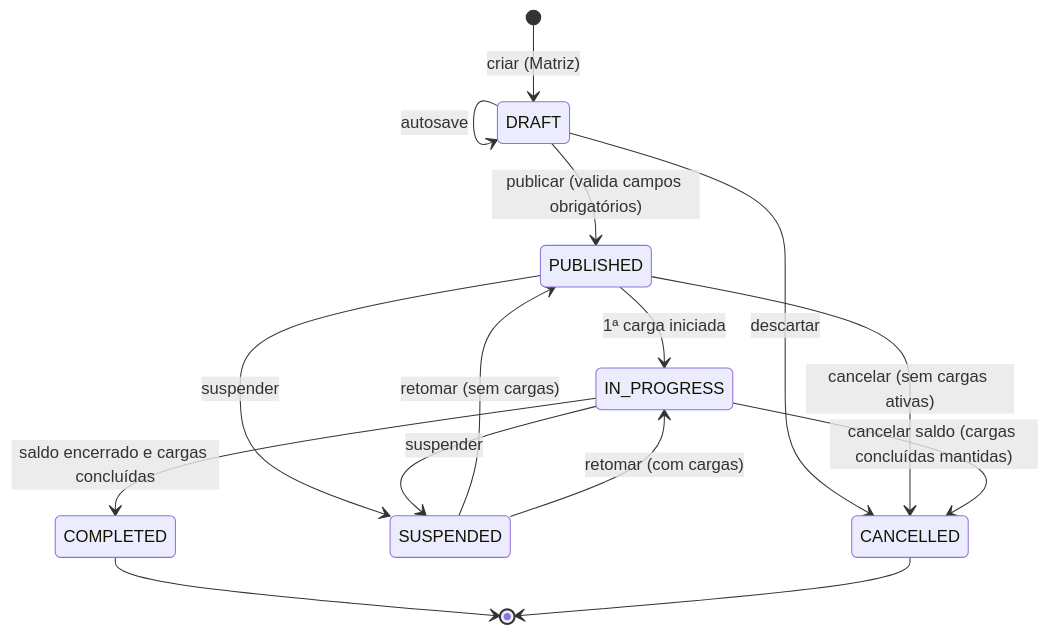
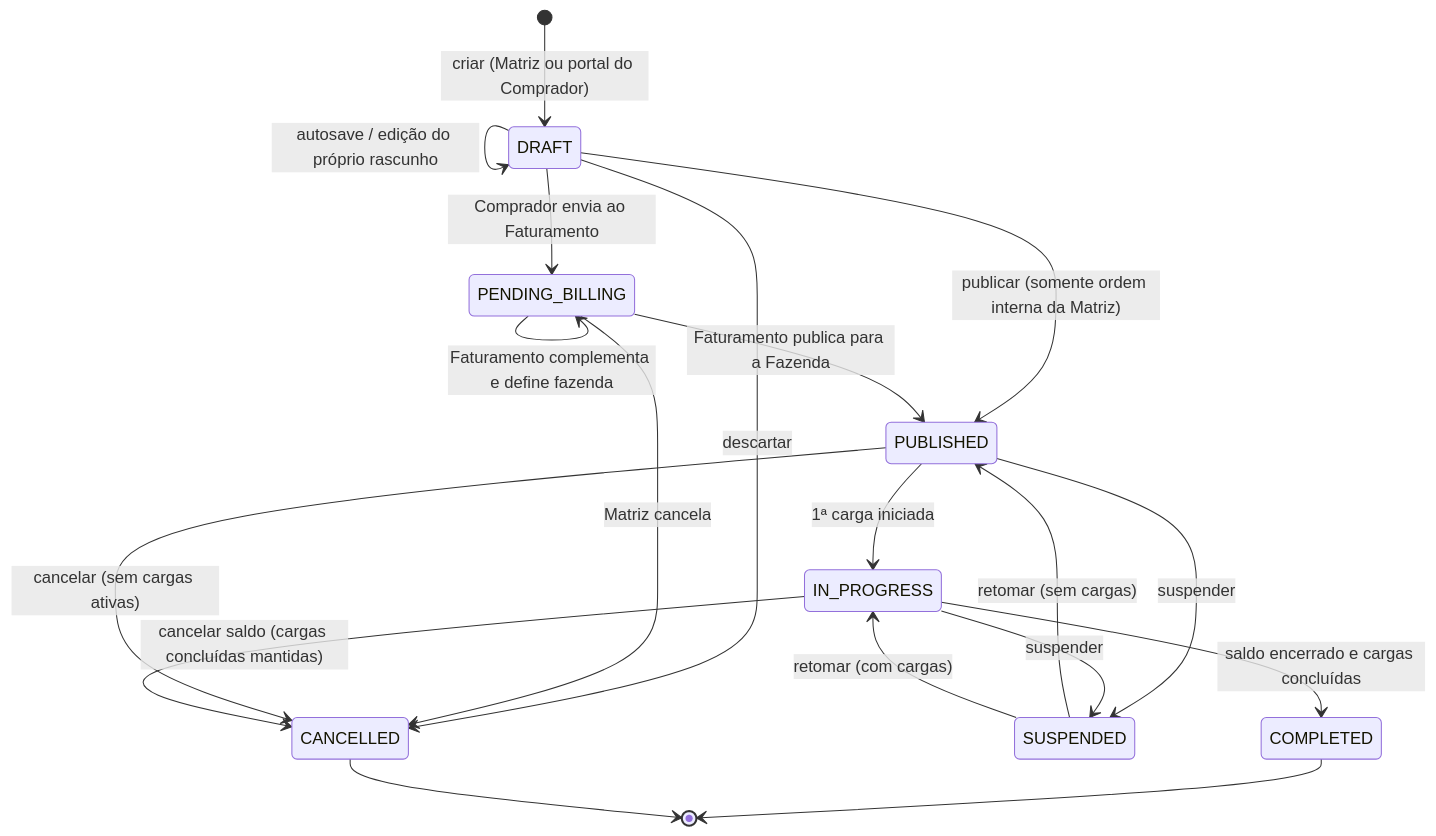
Before and after one commit to antoniocavali/Ordens_2.0: the first of 3 diagrams in docs/state-machines.md, drawn with Mermaid. The commit also changed other lines of this file and 36 other files, not shown here.

First line of the commit message:
feat(ordens): solicitação do Comprador, Faturamento e documentação fiscal da carga

````diff
--- a/docs/state-machines.md
+++ b/docs/state-machines.md
@@ -7,17 +7,21 @@
 ```mermaid
 stateDiagram-v2
-  [*] --> DRAFT: criar (Matriz)
-  DRAFT --> DRAFT: autosave
-  DRAFT --> PUBLISHED: publicar (valida campos obrigatórios)
+  [*] --> DRAFT: criar (Matriz ou portal do Comprador)
+  DRAFT --> DRAFT: autosave / edição do próprio rascunho
+  DRAFT --> PENDING_BILLING: Comprador envia ao Faturamento
+  DRAFT --> PUBLISHED: publicar (somente ordem interna da Matriz)
   DRAFT --> CANCELLED: descartar
+  PENDING_BILLING --> PENDING_BILLING: Faturamento complementa e define fazenda
+  PENDING_BILLING --> PUBLISHED: Faturamento publica para a Fazenda
+  PENDING_BILLING --> CANCELLED: Matriz cancela
   PUBLISHED --> IN_PROGRESS: 1ª carga iniciada
   PUBLISHED --> SUSPENDED: suspender
   IN_PROGRESS --> SUSPENDED: suspender
   SUSPENDED --> PUBLISHED: retomar (sem cargas)
   SUSPENDED --> IN_PROGRESS: retomar (com cargas)
   PUBLISHED --> CANCELLED: cancelar (sem cargas ativas)
   IN_PROGRESS --> COMPLETED: saldo encerrado e cargas concluídas
   IN_PROGRESS --> CANCELLED: cancelar saldo (cargas concluídas mantidas)
   COMPLETED --> [*]
   CANCELLED --> [*]
 ```
````
